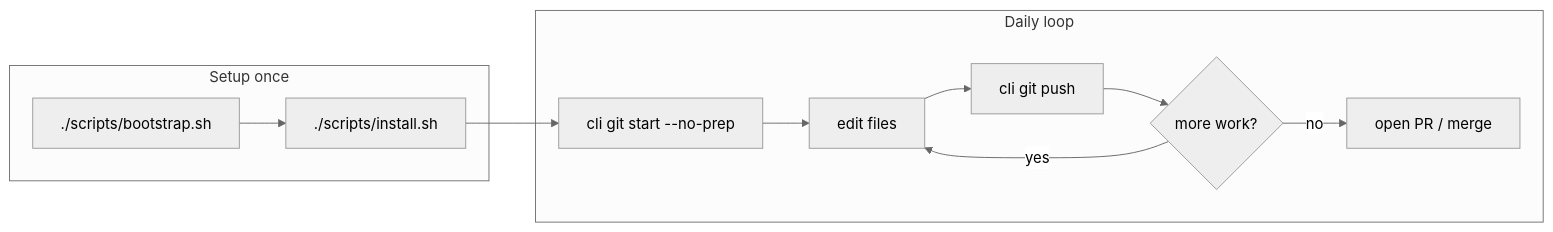
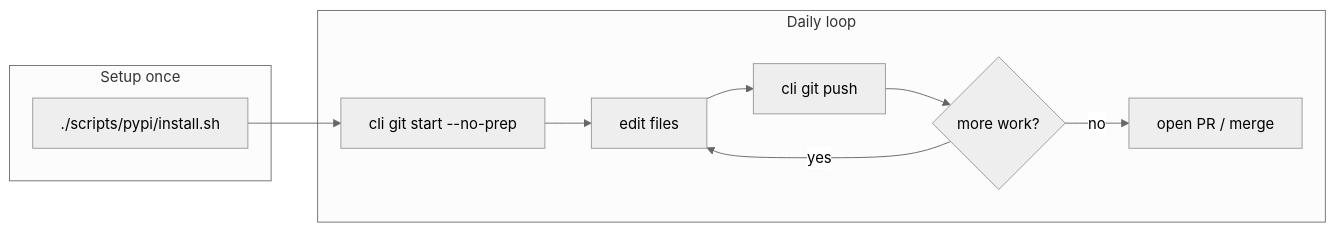
The second of 7 diagrams in docs/workflows.md (gardusig/cli), drawn with Mermaid (neutral theme) before and after one commit. The commit also changed 36 other files, not shown here.

First line of the commit message:
Add install-pypi.sh for global PyPI installs (#77)

````diff
--- a/docs/workflows.md
+++ b/docs/workflows.md
@@ -72,21 +72,19 @@
 ```mermaid
 flowchart LR
     subgraph setup [Setup once]
-        A["./scripts/bootstrap.sh"]
-        B["./scripts/install.sh"]
-        A --> B
+        A["./scripts/pypi/install.sh"]
     end
 
     subgraph daily [Daily loop]
         C["cli git start --no-prep"]
         D["edit files"]
         E["cli git push"]
         F{"more work?"}
         G["open PR / merge"]
         C --> D --> E --> F
         F -->|yes| D
         F -->|no| G
     end
 
-    B --> C
+    A --> C
 ```
````
